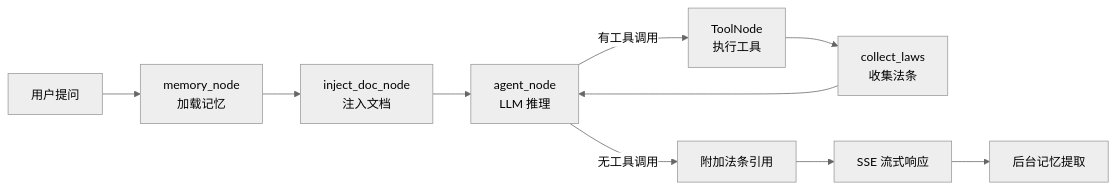
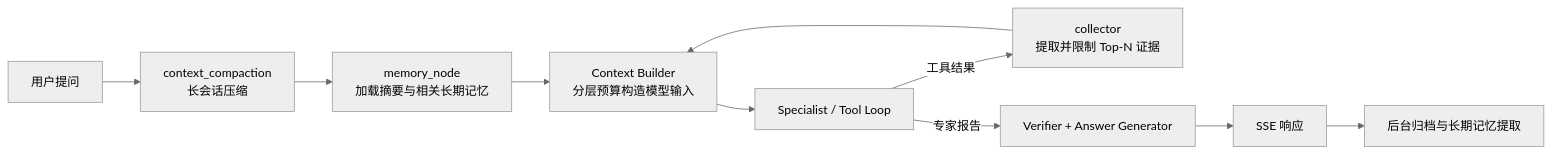
The second of 2 diagrams in docs/guide/architecture.md (uuo00n/lexcore-legal-agent), drawn with Mermaid (neutral theme) before and after one commit. The commit also changed other lines of this file and 15 other files, not shown here.

````diff
--- a/docs/guide/architecture.md
+++ b/docs/guide/architecture.md
@@ -54,12 +59,12 @@
 ```mermaid
 flowchart LR
-    A[用户提问] --> B[memory_node<br/>加载记忆]
-    B --> C[inject_doc_node<br/>注入文档]
-    C --> D[agent_node<br/>LLM 推理]
-    D -->|有工具调用| E[ToolNode<br/>执行工具]
-    E --> F[collect_laws<br/>收集法条]
+    A[用户提问] --> B[context_compaction<br/>长会话压缩]
+    B --> C[memory_node<br/>加载摘要与相关长期记忆]
+    C --> D[Context Builder<br/>分层预算构造模型输入]
+    D --> E[Specialist / Tool Loop]
+    E -->|工具结果| F[collector<br/>提取并限制 Top-N 证据]
     F --> D
-    D -->|无工具调用| G[附加法条引用]
-    G --> H[SSE 流式响应]
-    H --> I[后台记忆提取]
+    E -->|专家报告| G[Verifier + Answer Generator]
+    G --> H[SSE 响应]
+    H --> I[后台归档与长期记忆提取]
 ```
````
